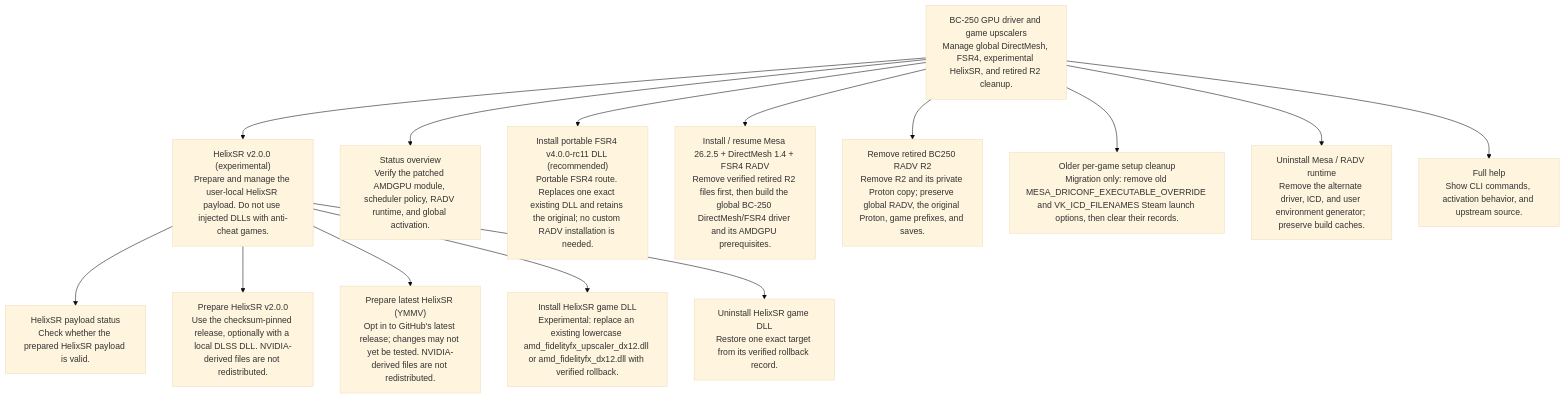
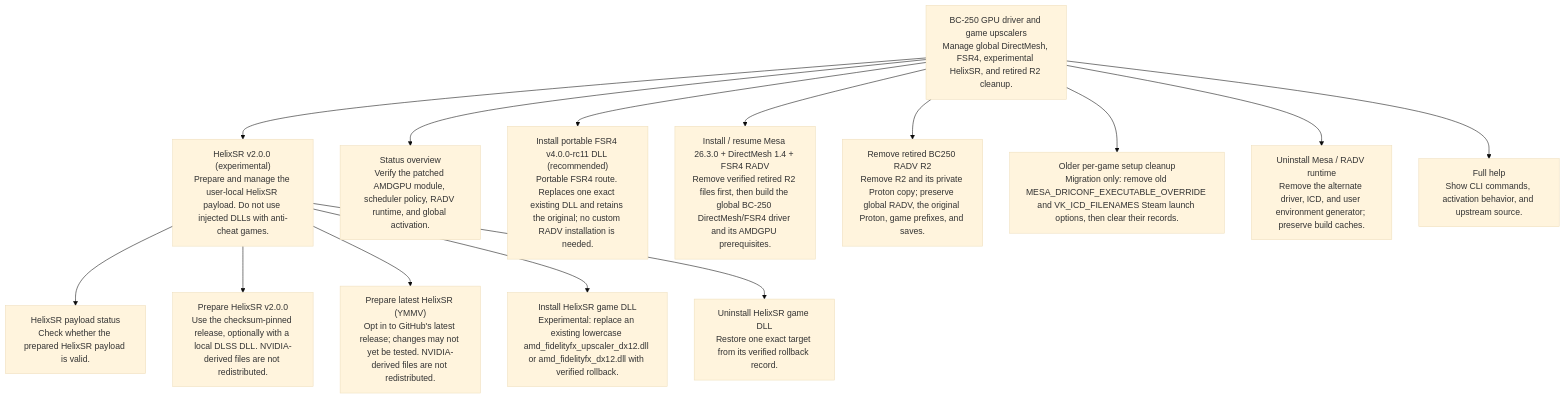
Before and after one commit to keyboardspecialist/bc250-steamos: the diagram in menus/mesh-shader.mmd, drawn with Mermaid (base theme). The commit also changed 35 other files, not shown here.

```diff
--- a/menus/mesh-shader.mmd
+++ b/menus/mesh-shader.mmd
@@ -1,32 +1,32 @@
 %% menu-flow-v1
 flowchart TD
 
 menu__root["BC-250 GPU driver and game upscalers<br/>Manage global DirectMesh, FSR4, experimental HelixSR, and retired R2 cleanup."]:::root
 menu__helixsr["HelixSR v2.0.0 (experimental)<br/>Prepare and manage the user-local HelixSR payload. Do not use injected DLLs with anti-cheat games."]:::menu
 action__status["Status overview<br/>Verify the patched AMDGPU module, scheduler policy, RADV runtime, and global activation."]:::read_only
 action__fsr4_dll["Install portable FSR4 v4.0.0-rc11 DLL (recommended)<br/>Portable FSR4 route. Replaces one exact existing DLL and retains the original; no custom RADV installation is needed."]:::install
 action__helixsr_status["HelixSR payload status<br/>Check whether the prepared HelixSR payload is valid."]:::read_only
 action__helixsr_prepare["Prepare HelixSR v2.0.0<br/>Use the checksum-pinned release, optionally with a local DLSS DLL. NVIDIA-derived files are not redistributed."]:::experimental
 action__helixsr_prepare_latest["Prepare latest HelixSR (YMMV)<br/>Opt in to GitHub's latest release; changes may not yet be tested. NVIDIA-derived files are not redistributed."]:::experimental
 action__helixsr_install["Install HelixSR game DLL<br/>Experimental: replace an existing lowercase amd_fidelityfx_upscaler_dx12.dll or amd_fidelityfx_dx12.dll with verified rollback."]:::experimental
 action__helixsr_uninstall["Uninstall HelixSR game DLL<br/>Restore one exact target from its verified rollback record."]:::cleanup
-action__setup["Install / resume Mesa 26.2.5 + DirectMesh 1.4 + FSR4 RADV<br/>Remove verified retired R2 files first, then build the global BC-250 DirectMesh/FSR4 driver and its AMDGPU prerequisites."]:::install
+action__setup["Install / resume Mesa 26.3.0 + DirectMesh 1.4 + FSR4 RADV<br/>Remove verified retired R2 files first, then build the global BC-250 DirectMesh/FSR4 driver and its AMDGPU prerequisites."]:::install
 action__native_mesh_remove["Remove retired BC250 RADV R2<br/>Remove R2 and its private Proton copy; preserve global RADV, the original Proton, game prefixes, and saves."]:::cleanup
 action__legacy_cleanup["Older per-game setup cleanup<br/>Migration only: remove old MESA_DRICONF_EXECUTABLE_OVERRIDE and VK_ICD_FILENAMES Steam launch options, then clear their records."]:::cleanup
 action__uninstall["Uninstall Mesa / RADV runtime<br/>Remove the alternate driver, ICD, and user environment generator; preserve build caches."]:::cleanup
 action__help["Full help<br/>Show CLI commands, activation behavior, and upstream source."]:::read_only
 
 menu__root --> action__status
 menu__root --> action__fsr4_dll
 menu__root --> menu__helixsr
 menu__root --> action__setup
 menu__root --> action__native_mesh_remove
 menu__root --> action__legacy_cleanup
 menu__root --> action__uninstall
 menu__root --> action__help
 
 menu__helixsr --> action__helixsr_status
 menu__helixsr --> action__helixsr_prepare
 menu__helixsr --> action__helixsr_prepare_latest
 menu__helixsr --> action__helixsr_install
 menu__helixsr --> action__helixsr_uninstall
```
